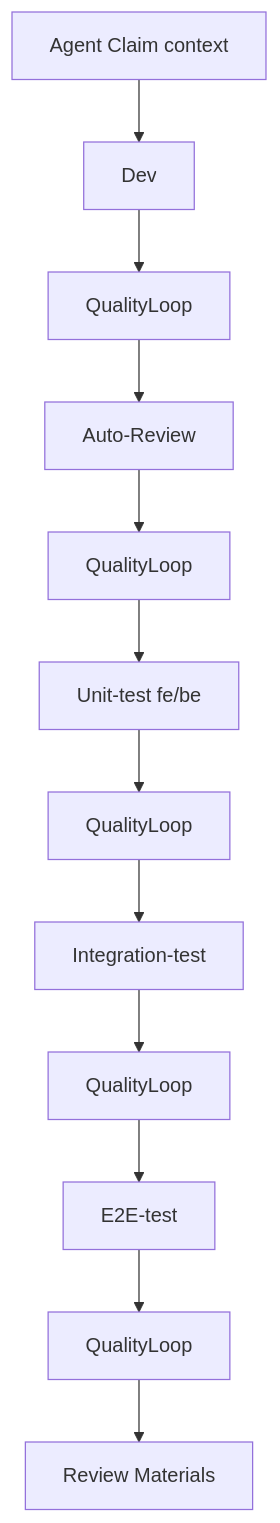
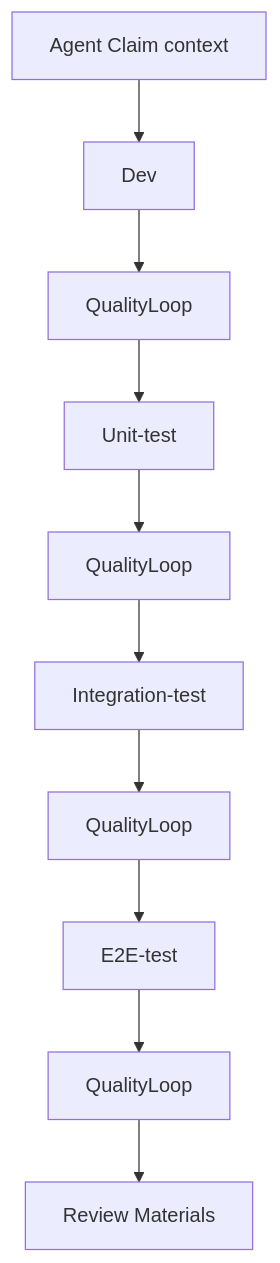
One commit to samzhu/grimoAPP changed the seventh of 10 diagrams in docs/grimo/references/grimo-agent-workflow-definition.md. Above: the diagram before and after it, drawn with Mermaid. The commit also changed other lines of this file and 30 other files, not shown here.

````diff
--- a/docs/grimo/references/grimo-agent-workflow-definition.md
+++ b/docs/grimo/references/grimo-agent-workflow-definition.md
@@ -269,14 +268,12 @@
 ```mermaid
 flowchart TD
   Claim["Agent Claim context"] --> Dev["Dev"]
   Dev --> DevQL["QualityLoop"]
-  DevQL --> AutoReview["Auto-Review"]
-  AutoReview --> ReviewQL["QualityLoop"]
-  ReviewQL --> Unit["Unit-test fe/be"]
+  DevQL --> Unit["Unit-test"]
   Unit --> UnitQL["QualityLoop"]
   UnitQL --> Integration["Integration-test"]
   Integration --> IntegrationQL["QualityLoop"]
   IntegrationQL --> E2E["E2E-test"]
   E2E --> E2EQL["QualityLoop"]
   E2EQL --> Materials["Review Materials"]
 ```
````
